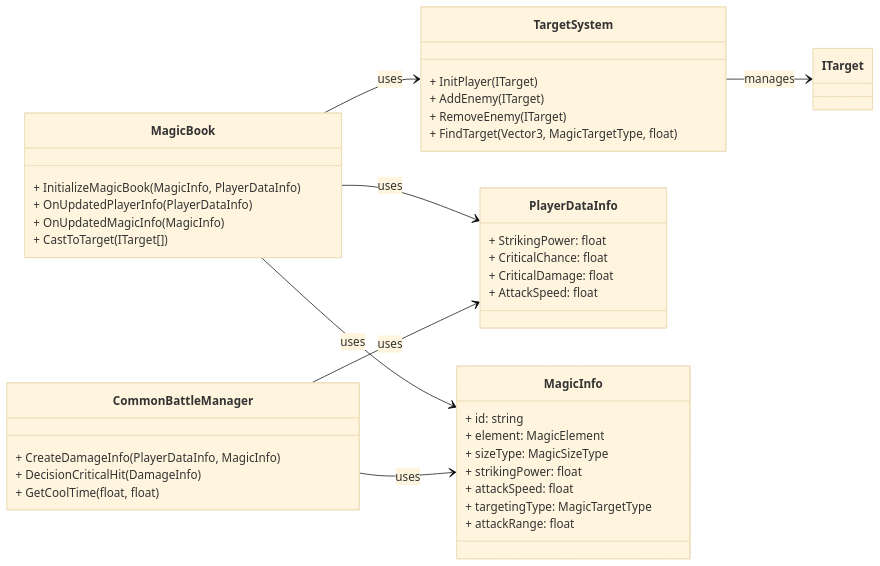
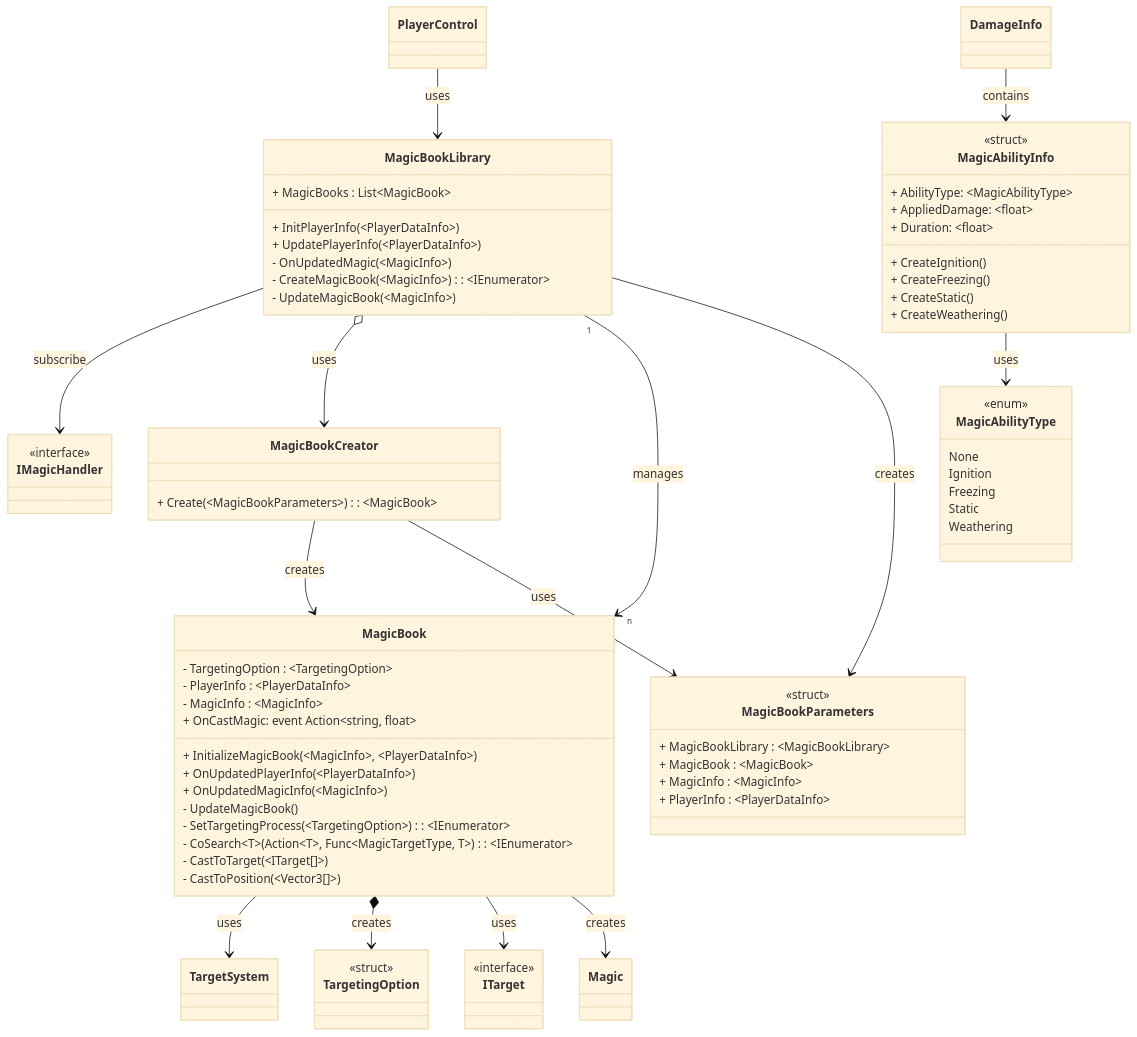
Before and after one commit to CosmicGiantKoala/CosmicGiantKoala.github.io: the second of 4 diagrams in content/docs/Projects/SlimeRush/BattleSystem/Overview.md, drawn with Mermaid (base theme). The commit also changed other lines of this file, not shown here.

````diff
--- a/content/docs/Projects/SlimeRush/BattleSystem/Overview.md
+++ b/content/docs/Projects/SlimeRush/BattleSystem/Overview.md
@@ -183,47 +136,85 @@
 ```mermaid
 classDiagram
-    direction LR
-    class CommonBattleManager {
-        + CreateDamageInfo(PlayerDataInfo, MagicInfo)
-        + DecisionCriticalHit(DamageInfo)
-        + GetCoolTime(float, float)
+    direction TD
+    class IMagicHandler {
+        <<interface>>
+    }
+    class PlayerControl
+    class MagicBookLibrary {
+        + MagicBooks : List~MagicBook~
+        + InitPlayerInfo(~PlayerDataInfo~)
+        + UpdatePlayerInfo(~PlayerDataInfo~)
+        - OnUpdatedMagic(~MagicInfo~)
+        - CreateMagicBook(~MagicInfo~): ~IEnumerator~
+        - UpdateMagicBook(~MagicInfo~)
     }
 
-    class TargetSystem {
-        + InitPlayer(ITarget)
-        + AddEnemy(ITarget)
-        + RemoveEnemy(ITarget)
-        + FindTarget(Vector3, MagicTargetType, float)
+    class MagicBookParameters {
+      <<struct>>
+      + MagicBookLibrary : ~MagicBookLibrary~
+      + MagicBook : ~MagicBook~
+      + MagicInfo : ~MagicInfo~
+      + PlayerInfo : ~PlayerDataInfo~
+    }
+
+    class MagicBookCreator {
+        + Create(~MagicBookParameters~) : ~MagicBook~
     }
 
     class MagicBook {
-        + InitializeMagicBook(MagicInfo, PlayerDataInfo)
-        + OnUpdatedPlayerInfo(PlayerDataInfo)
-        + OnUpdatedMagicInfo(MagicInfo)
-        + CastToTarget(ITarget[])
+        - TargetingOption : ~TargetingOption~
+        - PlayerInfo : ~PlayerDataInfo~
+        - MagicInfo : ~MagicInfo~
+        + OnCastMagic: event Action~string, float~
+        + InitializeMagicBook(~MagicInfo~, ~PlayerDataInfo~)
+        + OnUpdatedPlayerInfo(~PlayerDataInfo~)
+        + OnUpdatedMagicInfo(~MagicInfo~)
+        - UpdateMagicBook()
+        - SetTargetingProcess(~TargetingOption~) : ~IEnumerator~
+        - CoSearch~T~(Action~T~, Func~MagicTargetType, T~) : ~IEnumerator~
+        - CastToTarget(~ITarget[]~)
+        - CastToPosition(~Vector3[]~)
     }
 
-    class PlayerDataInfo {
-        + StrikingPower: float
-        + CriticalChance: float
-        + CriticalDamage: float
-        + AttackSpeed: float
+    class MagicAbilityInfo {
+        <<struct>>
+        + AbilityType: ~MagicAbilityType~
+        + AppliedDamage: ~float~
+        + Duration: ~float~
+        + CreateIgnition()
+        + CreateFreezing()
+        + CreateStatic()
+        + CreateWeathering()
     }
 
-    class MagicInfo {
-        + id: string
-        + element: MagicElement
-        + sizeType: MagicSizeType
-        + strikingPower: float
-        + attackSpeed: float
-        + targetingType: MagicTargetType
-        + attackRange: float
+    class MagicAbilityType {
+        <<enum>>
+        None
+        Ignition
+        Freezing
+        Static
+        Weathering
     }
-
+    
+    class TargetingOption{
+        <<struct>>
+    }
+    
+    class ITarget{
+        <<interface>>
+    }
+    
+    PlayerControl --> MagicBookLibrary : uses
+    MagicBookLibrary --> IMagicHandler : subscribe
+    MagicBookLibrary o--> MagicBookCreator : uses
+    MagicBookLibrary "1" --> "n" MagicBook : manages
+    MagicBookLibrary --> MagicBookParameters : creates
+    MagicBookCreator --> MagicBook : creates
+    MagicBookCreator --> MagicBookParameters : uses
     MagicBook --> TargetSystem : uses
-    MagicBook --> PlayerDataInfo : uses
-    MagicBook --> MagicInfo : uses
-    CommonBattleManager --> PlayerDataInfo : uses
-    CommonBattleManager --> MagicInfo : uses
-    TargetSystem --> ITarget : manages
+    MagicBook *--> TargetingOption : creates
+    MagicBook --> ITarget : uses
+    MagicBook --> Magic : creates
+    DamageInfo --> MagicAbilityInfo : contains
+    MagicAbilityInfo --> MagicAbilityType : uses
 ```
````
